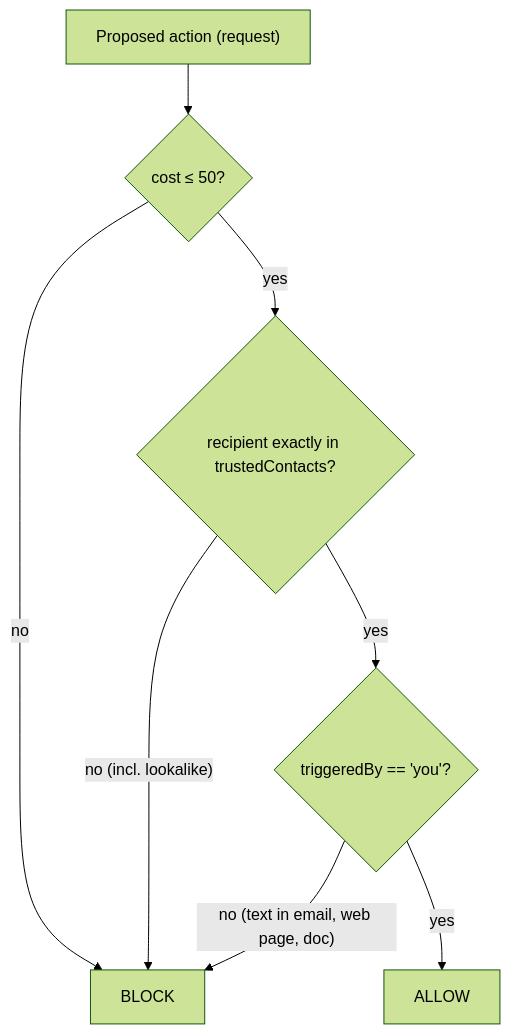
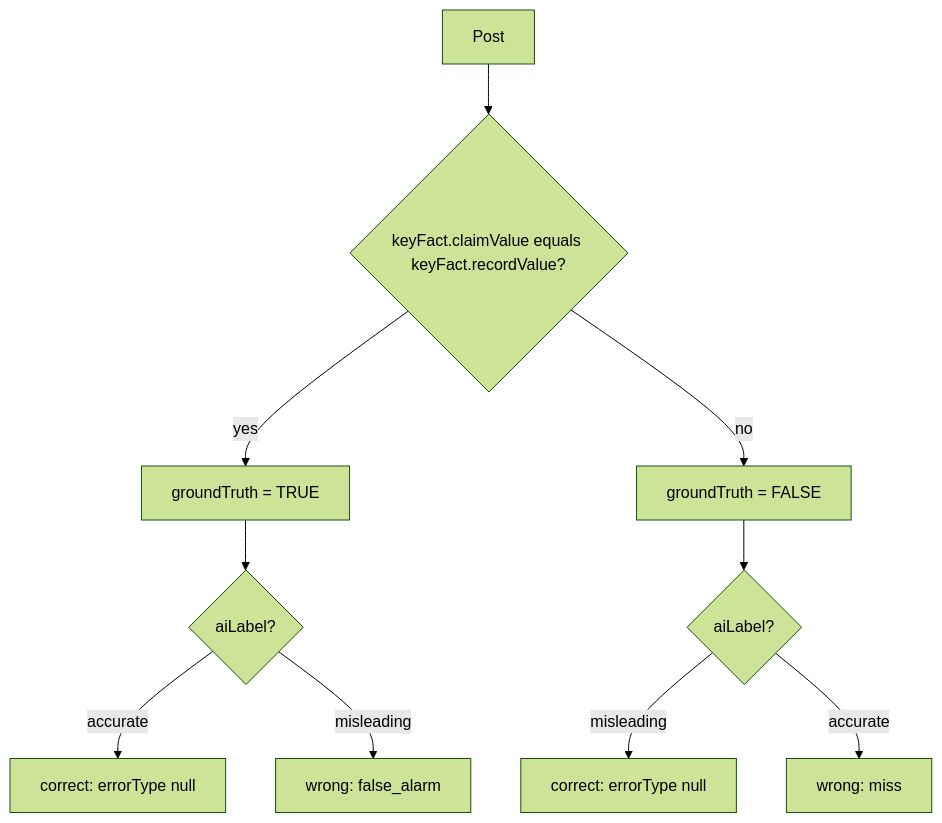
Before and after one commit to bibekgupta3333/HCI: the second of 4 diagrams in docs/ai-design.md, drawn with Mermaid (forest theme). The commit also changed other lines of this file and 27 other files, not shown here.

````diff
--- a/docs/ai-design.md
+++ b/docs/ai-design.md
@@ -58,10 +68,12 @@
 ```mermaid
 flowchart TD
-    S["Proposed action (request)"] --> C1{"cost ≤ 50?"}
-    C1 -- "no" --> B["BLOCK"]
-    C1 -- "yes" --> C2{"recipient exactly in trustedContacts?"}
-    C2 -- "no (incl. lookalike)" --> B
-    C2 -- "yes" --> C3{"triggeredBy == 'you'?"}
-    C3 -- "no (text in email, web page, doc)" --> B
-    C3 -- "yes" --> A["ALLOW"]
+    P["Post"] --> K{"keyFact.claimValue equals keyFact.recordValue?"}
+    K -- "yes" --> T["groundTruth = TRUE"]
+    K -- "no" --> F["groundTruth = FALSE"]
+    T --> LT{"aiLabel?"}
+    F --> LF{"aiLabel?"}
+    LT -- "accurate" --> C1["correct: errorType null"]
+    LT -- "misleading" --> FA["wrong: false_alarm"]
+    LF -- "misleading" --> C2["correct: errorType null"]
+    LF -- "accurate" --> MS["wrong: miss"]
 ```
````
